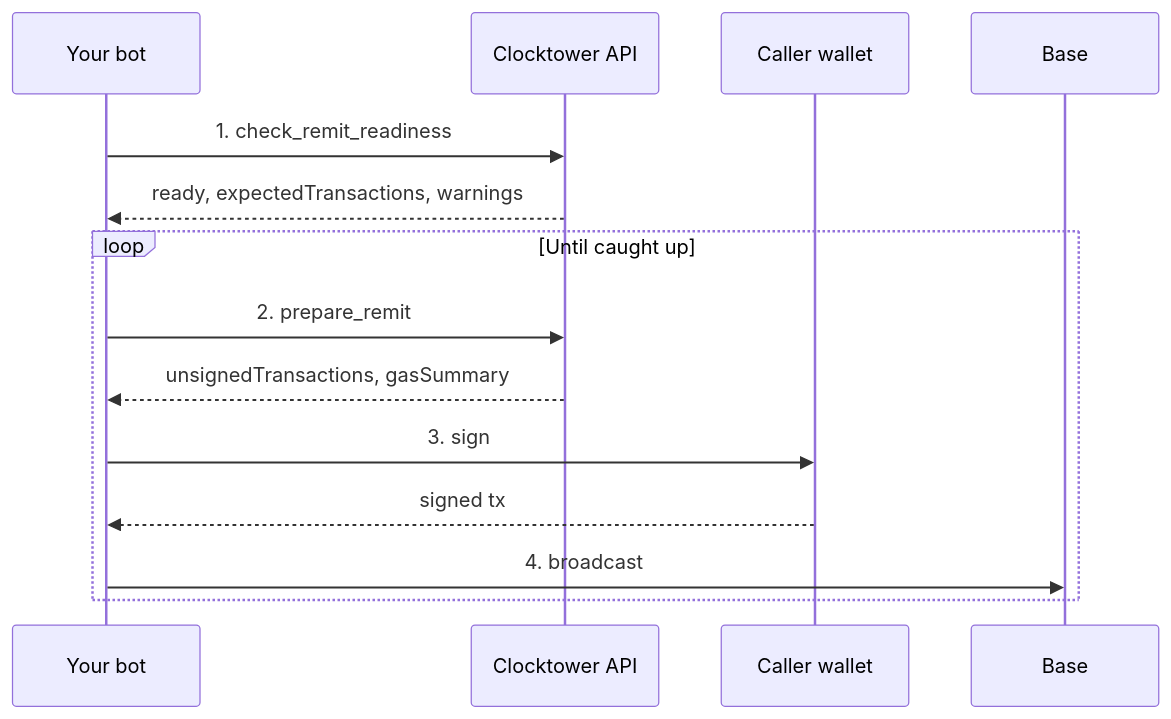
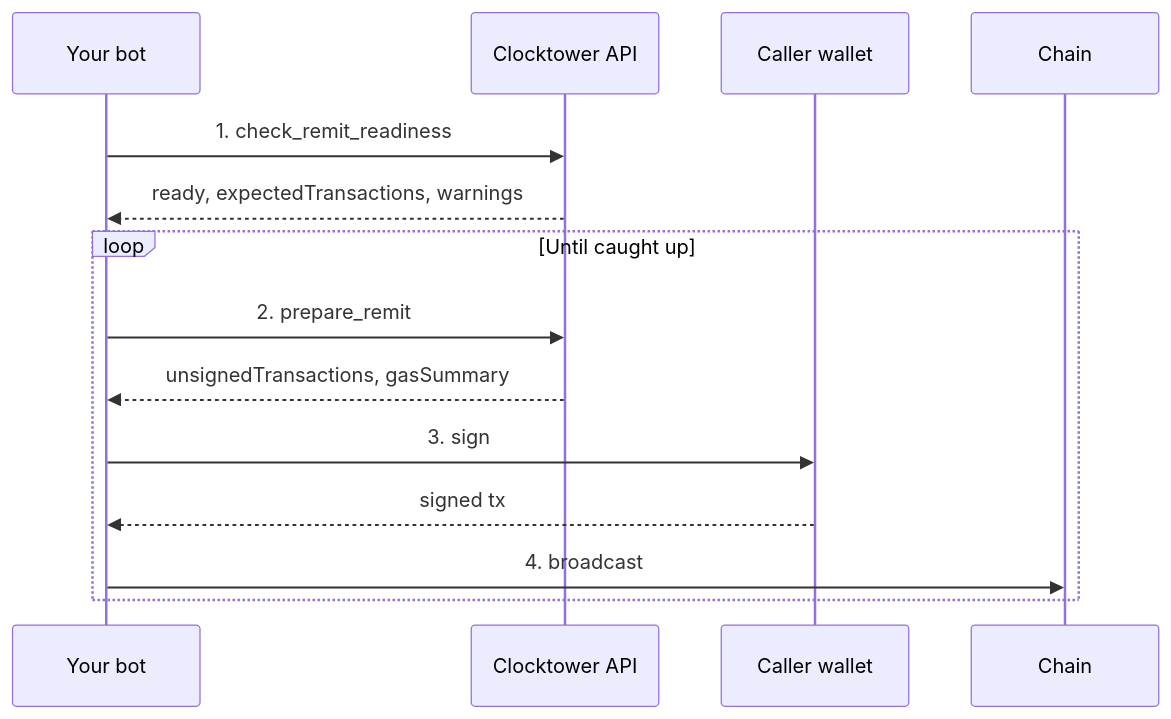
The diagram in docs/developers/05-Workflows/03-remit-caller.mdx (clocktower-protocol/clocktower-docs), drawn with Mermaid before and after one commit. The commit also changed other lines of this file and 32 other files, not shown here.

````diff
--- a/docs/developers/05-Workflows/03-remit-caller.mdx
+++ b/docs/developers/05-Workflows/03-remit-caller.mdx
@@ -32,17 +32,17 @@
 ```mermaid
 sequenceDiagram
   participant Bot as Your bot
   participant API as Clocktower API
   participant Wallet as Caller wallet
-  participant Chain as Base
+  participant Chain as Chain
 
   Bot->>API: 1. check_remit_readiness
   API-->>Bot: ready, expectedTransactions, warnings
   loop Until caught up
     Bot->>API: 2. prepare_remit
     API-->>Bot: unsignedTransactions, gasSummary
     Bot->>Wallet: 3. sign
     Wallet-->>Bot: signed tx
     Bot->>Chain: 4. broadcast
   end
 ```
````
